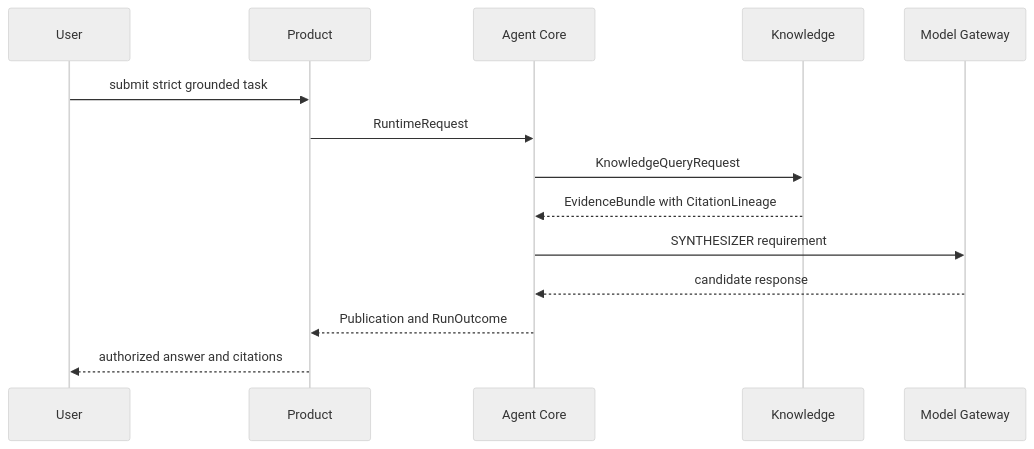
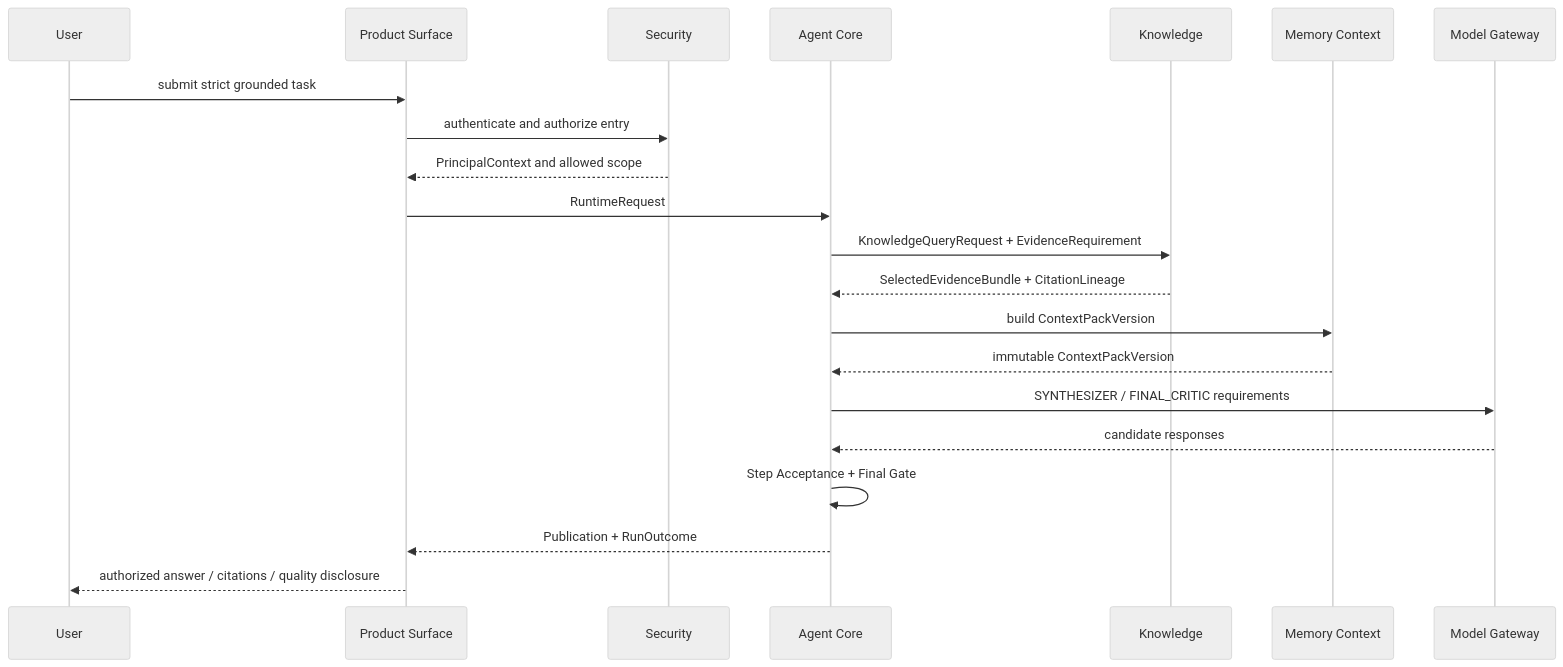
Diagram 13 of 30 in .agent/architecture/architecture-views.md (ProfessorZhi/Zuno), drawn with Mermaid (neutral theme) before and after one commit. The commit also changed other lines of this file and 22 other files, not shown here.

Commit message:
docs: realign total architecture with canonical modules

````diff
--- a/.agent/architecture/architecture-views.md
+++ b/.agent/architecture/architecture-views.md
@@ -202,16 +222,23 @@
 ```mermaid
 sequenceDiagram
   participant U as User
-  participant P as Product
+  participant P as Product Surface
+  participant S as Security
   participant A as Agent Core
   participant K as Knowledge
+  participant C as Memory Context
   participant M as Model Gateway
   U->>P: submit strict grounded task
+  P->>S: authenticate and authorize entry
+  S-->>P: PrincipalContext and allowed scope
   P->>A: RuntimeRequest
-  A->>K: KnowledgeQueryRequest
-  K-->>A: EvidenceBundle with CitationLineage
-  A->>M: SYNTHESIZER requirement
-  M-->>A: candidate response
-  A-->>P: Publication and RunOutcome
-  P-->>U: authorized answer and citations
+  A->>K: KnowledgeQueryRequest + EvidenceRequirement
+  K-->>A: SelectedEvidenceBundle + CitationLineage
+  A->>C: build ContextPackVersion
+  C-->>A: immutable ContextPackVersion
+  A->>M: SYNTHESIZER / FINAL_CRITIC requirements
+  M-->>A: candidate responses
+  A->>A: Step Acceptance + Final Gate
+  A-->>P: Publication + RunOutcome
+  P-->>U: authorized answer / citations / quality disclosure
 ```
````
